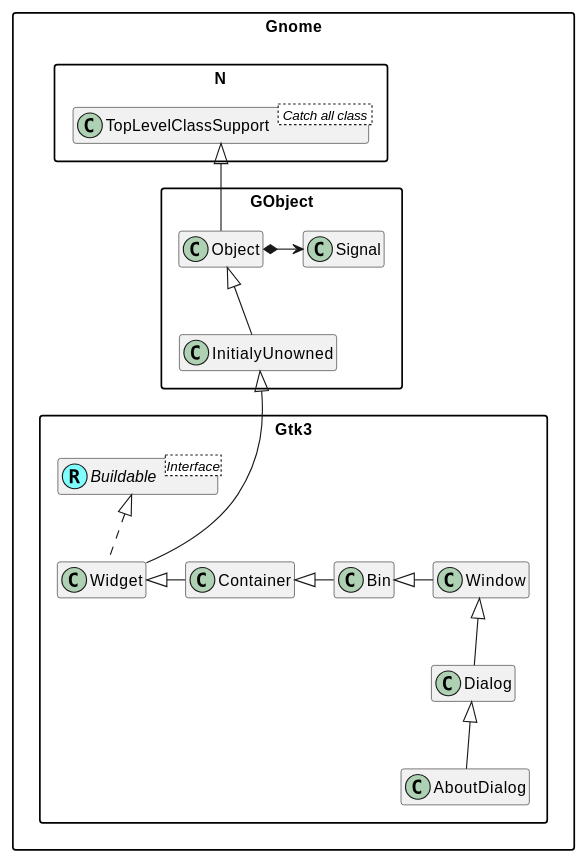
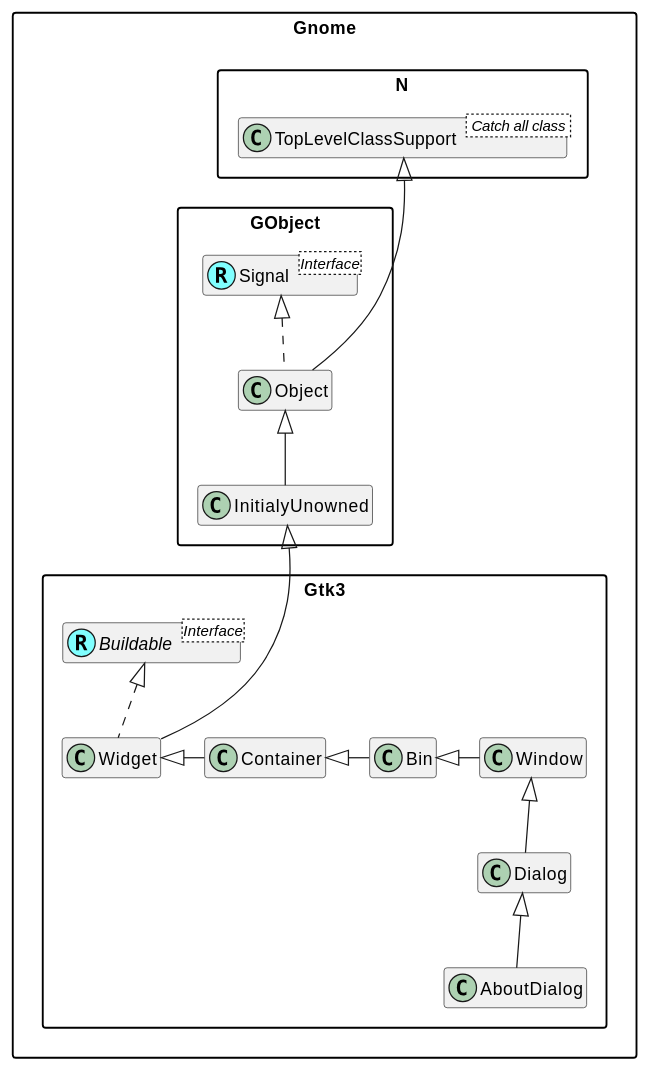
One commit to MARTIMM/gnome-gtk3 changed the diagram in doc/plantuml/AboutDialog.md. Above: the diagram before and after it, drawn with PlantUML. The commit also changed 29 other files, not shown here.

Commit message:
changed uml diagrams

````diff
--- a/doc/plantuml/AboutDialog.md
+++ b/doc/plantuml/AboutDialog.md
@@ -1,50 +1,54 @@
 ```plantuml
 @startuml
-scale 0.9
+'scale 0.9
 skinparam packageStyle rectangle
 skinparam stereotypeCBackgroundColor #80ffff
 set namespaceSeparator ::
 hide members
 
 'Class and interface decorations
 class Gnome::N::TopLevelClassSupport < Catch all class >
+
+Interface Gnome::GObject::Signal <Interface>
+class Gnome::GObject::Signal <<(R,#80ffff)>>
 
 class Gnome::Gtk3::Buildable <<(R,#80ffff)>>
 Interface Gnome::Gtk3::Buildable <Interface>
 
 'class Gnome::Gtk3::ColorChooser <<(R,#80ffff)>>
 'Interface Gnome::Gtk3::ColorChooser <Interface>
 
 'class Gnome::Gtk3::AppChooser <<(R,#80ffff)>>
 'Interface Gnome::Gtk3::AppChooser <Interface>
 
 
 'Class connections
-Gnome::N::TopLevelClassSupport <|-- Gnome::GObject::Object
+Gnome::N::TopLevelClassSupport <|--- Gnome::GObject::Object
 Gnome::GObject::Object <|-- Gnome::GObject::InitialyUnowned
-Gnome::GObject::Object *-> Gnome::GObject::Signal
+'Gnome::GObject::Object *-> Gnome::GObject::Signal
+Gnome::GObject::Signal <|.. Gnome::GObject::Object
 
 Gnome::GObject::InitialyUnowned <|--- Gnome::Gtk3::Widget
 
 Gnome::Gtk3::Widget <|- Gnome::Gtk3::Container
 Gnome::Gtk3::Container <|- Gnome::Gtk3::Bin
 Gnome::Gtk3::Bin <|- Gnome::Gtk3::Window
 Gnome::Gtk3::Window <|-- Gnome::Gtk3::Dialog
 
 Gnome::Gtk3::Dialog <|-- Gnome::Gtk3::AboutDialog
 'Gnome::Gtk3::Dialog <|-- Gnome::Gtk3::ColorChooserDialog
 'Gnome::Gtk3::Dialog <|-- Gnome::Gtk3::FileChooserDialog
 'Gnome::Gtk3::Dialog <|-- Gnome::Gtk3::MessageDialog
 'Gnome::Gtk3::Dialog <|-- Gnome::Gtk3::AppChooserDialog
 'Gnome::Gtk3::Dialog <|-- Gnome::Gtk3::FontChooserDialog
 'Gnome::Gtk3::Dialog <|-- Gnome::Gtk3::RecentChooserDialog
 
 'Interface connections
 Gnome::Gtk3::Buildable <|.. Gnome::Gtk3::Widget
 'Gnome::Gtk3::ColorChooser <|- Gnome::Gtk3::ColorChooserDialog
 'Gnome::Gtk3::AppChooser <|.. Gnome::Gtk3::AppChooserDialog
 
 'Some hidden connections
 'Gnome::GObject <--[hidden]- Gnome::Gtk3
 @enduml
 ```
````
